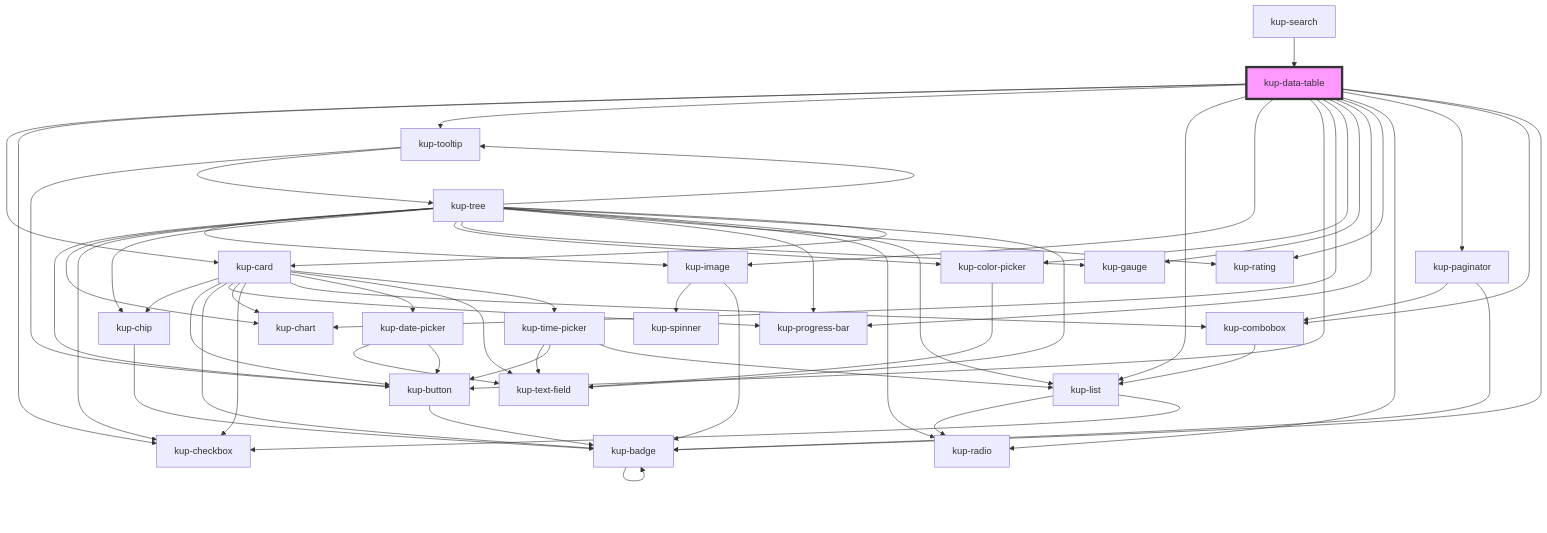
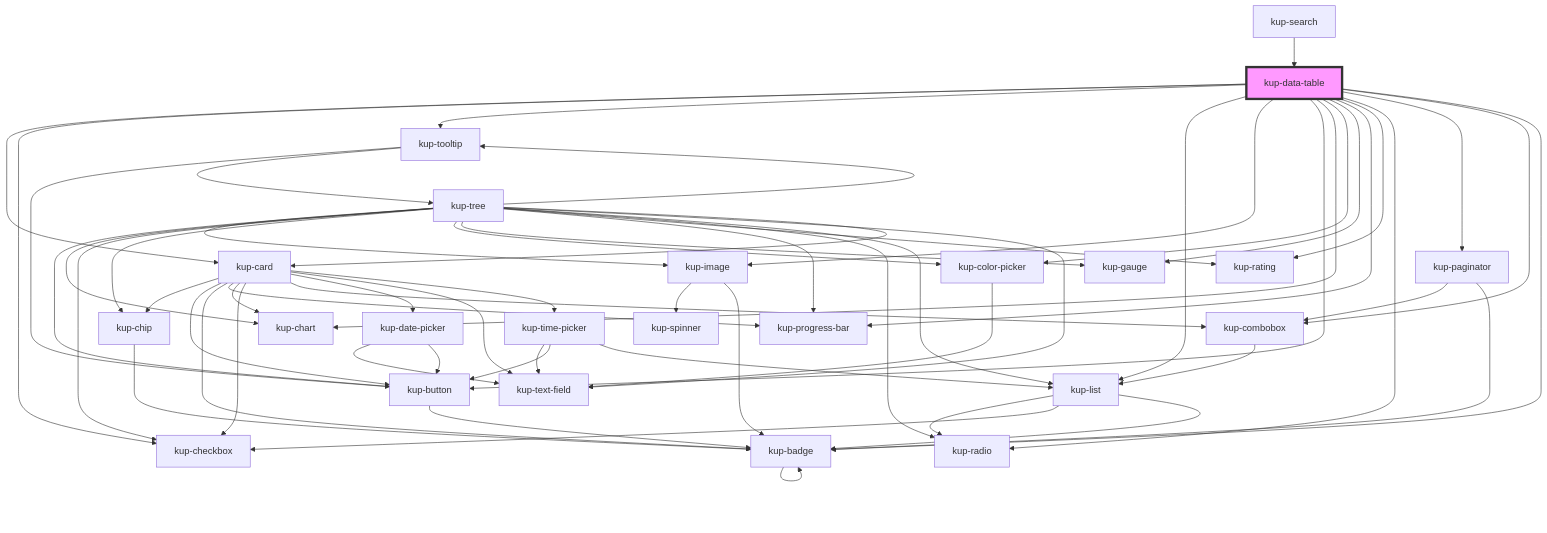
The diagram in packages/ketchup/src/components/kup-data-table/readme.md (smeup/ketchup), drawn with Mermaid before and after one commit. The commit also changed 40 other files, not shown here.

````diff
--- a/packages/ketchup/src/components/kup-data-table/readme.md
+++ b/packages/ketchup/src/components/kup-data-table/readme.md
@@ -222,62 +222,63 @@
 ```mermaid
 graph TD;
   kup-data-table --> kup-card
   kup-data-table --> kup-checkbox
   kup-data-table --> kup-tooltip
   kup-data-table --> kup-list
   kup-data-table --> kup-image
   kup-data-table --> kup-button
   kup-data-table --> kup-chart
   kup-data-table --> kup-color-picker
   kup-data-table --> kup-gauge
   kup-data-table --> kup-progress-bar
   kup-data-table --> kup-rating
   kup-data-table --> kup-radio
   kup-data-table --> kup-paginator
   kup-data-table --> kup-combobox
   kup-data-table --> kup-badge
   kup-card --> kup-chip
   kup-card --> kup-button
   kup-card --> kup-badge
   kup-card --> kup-progress-bar
   kup-card --> kup-chart
   kup-card --> kup-checkbox
   kup-card --> kup-combobox
   kup-card --> kup-date-picker
   kup-card --> kup-text-field
   kup-card --> kup-time-picker
   kup-chip --> kup-badge
   kup-badge --> kup-badge
   kup-button --> kup-badge
   kup-combobox --> kup-list
   kup-list --> kup-radio
   kup-list --> kup-checkbox
+  kup-list --> kup-badge
   kup-date-picker --> kup-text-field
   kup-date-picker --> kup-button
   kup-time-picker --> kup-text-field
   kup-time-picker --> kup-button
   kup-time-picker --> kup-list
   kup-tooltip --> kup-button
   kup-tooltip --> kup-tree
   kup-tree --> kup-image
   kup-tree --> kup-button
   kup-tree --> kup-chart
   kup-tree --> kup-checkbox
   kup-tree --> kup-chip
   kup-tree --> kup-color-picker
   kup-tree --> kup-gauge
   kup-tree --> kup-progress-bar
   kup-tree --> kup-rating
   kup-tree --> kup-radio
   kup-tree --> kup-tooltip
   kup-tree --> kup-list
   kup-tree --> kup-text-field
   kup-tree --> kup-card
   kup-image --> kup-spinner
   kup-image --> kup-badge
   kup-color-picker --> kup-text-field
   kup-paginator --> kup-combobox
   kup-paginator --> kup-badge
   kup-search --> kup-data-table
   style kup-data-table fill:#f9f,stroke:#333,stroke-width:4px
 ```
````
